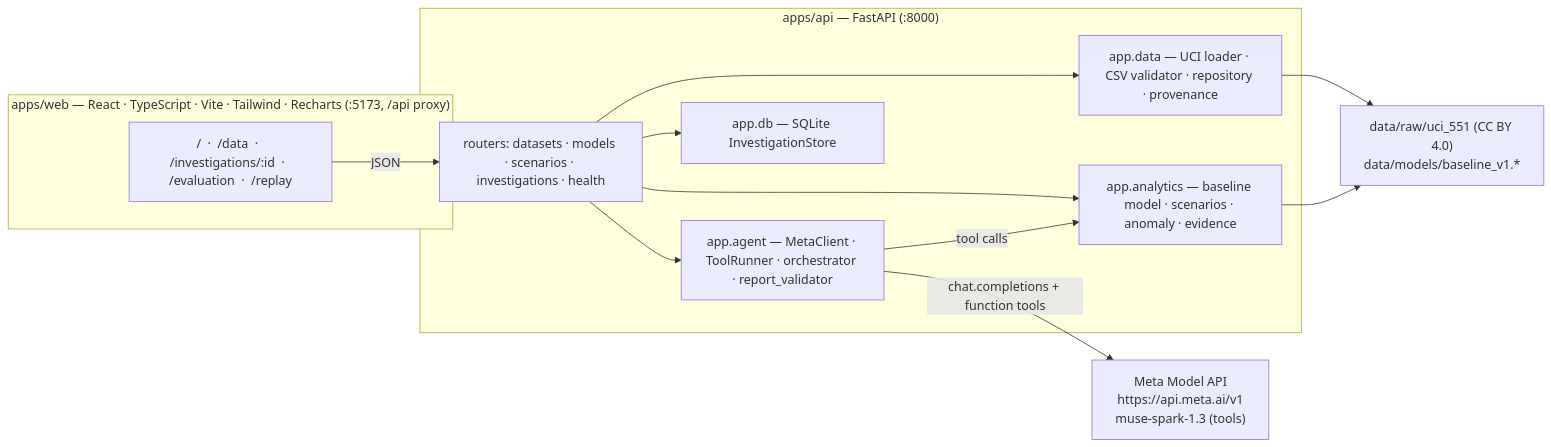
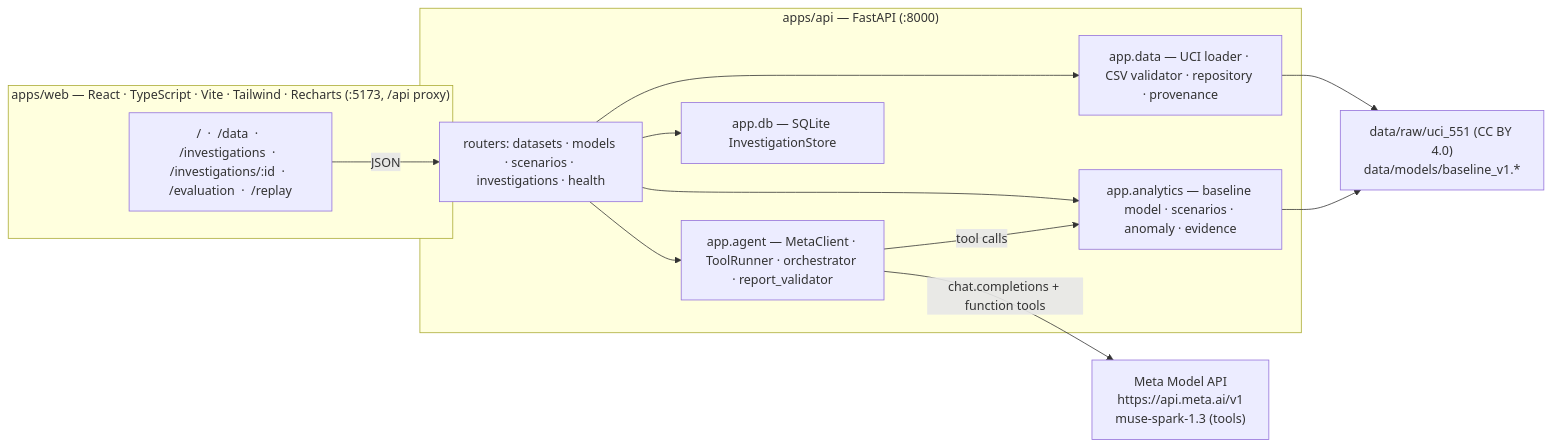
Before and after one commit to manvendersingh21/thermomind: the diagram in README.md, drawn with Mermaid. The commit also changed other lines of this file and 12 other files, not shown here.

````diff
--- a/README.md
+++ b/README.md
@@ -28,21 +28,21 @@
 ```mermaid
 flowchart LR
   subgraph Browser["apps/web — React · TypeScript · Vite · Tailwind · Recharts (:5173, /api proxy)"]
-    UI["/  ·  /data  ·  /investigations/:id  ·  /evaluation  ·  /replay"]
+    UI["/  ·  /data  ·  /investigations  ·  /investigations/:id  ·  /evaluation  ·  /replay"]
   end
   subgraph API["apps/api — FastAPI (:8000)"]
     R["routers: datasets · models · scenarios · investigations · health"]
     D["app.data — UCI loader · CSV validator · repository · provenance"]
     A["app.analytics — baseline model · scenarios · anomaly · evidence"]
     G["app.agent — MetaClient · ToolRunner · orchestrator · report_validator"]
     S["app.db — SQLite InvestigationStore"]
   end
   M["Meta Model API\nhttps://api.meta.ai/v1\nmuse-spark-1.3 (tools)"]
   F["data/raw/uci_551 (CC BY 4.0)\ndata/models/baseline_v1.*"]
   UI -->|JSON| R
   R --> D --> F
   R --> A --> F
   R --> G -->|chat.completions + function tools| M
   G -->|tool calls| A
   R --> S
 ```
````
